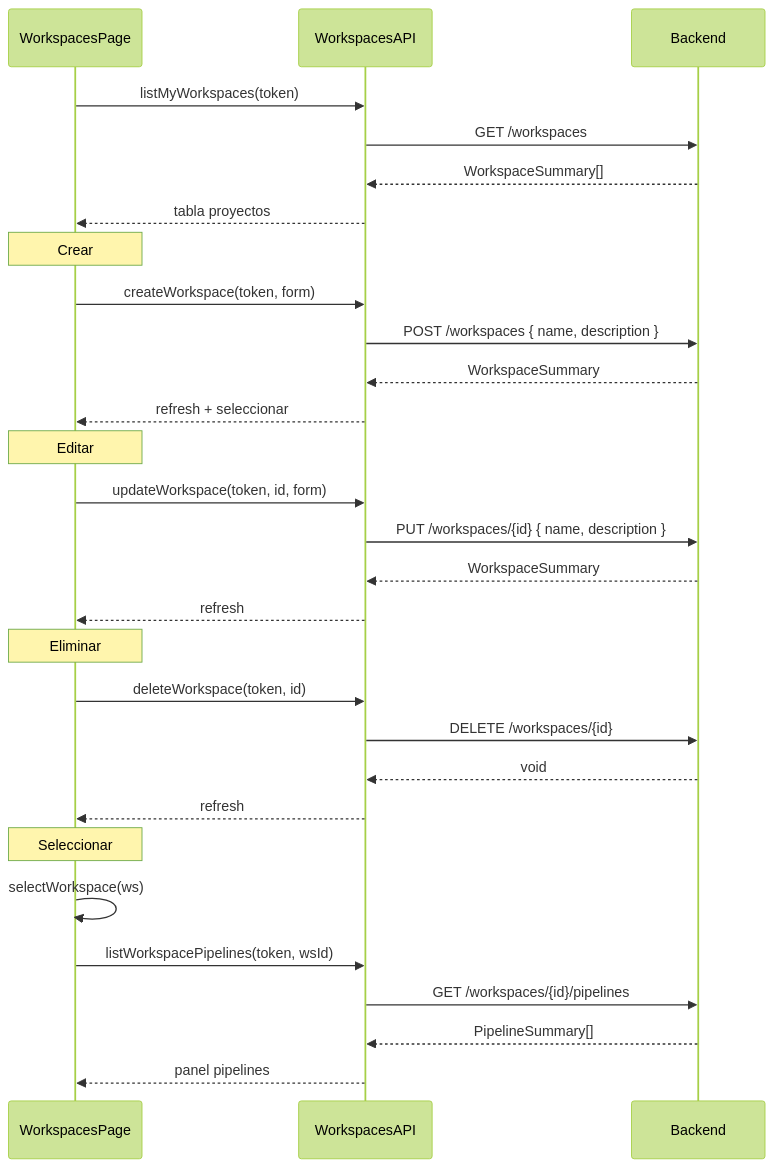
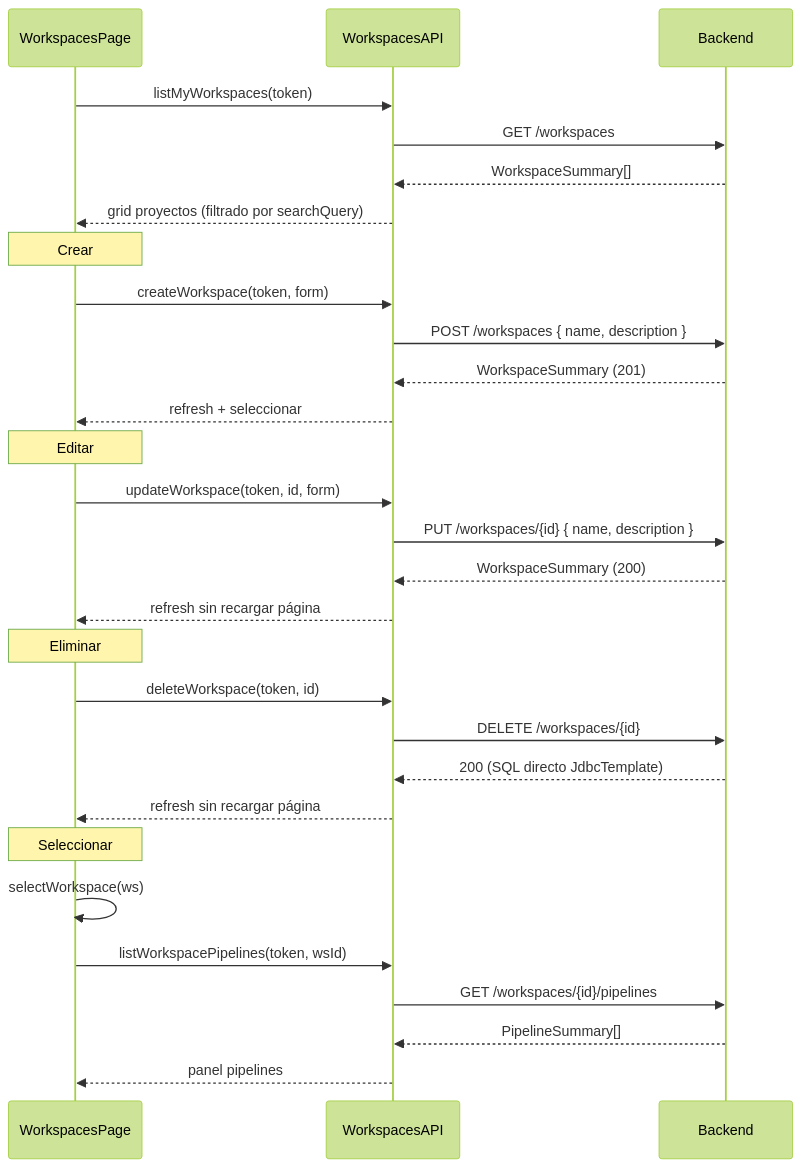
Before and after one commit to Tunkifloo/SynapseOps-platform: the sixth of 12 diagrams in frontend/MOCKUP.md, drawn with Mermaid (forest theme). The commit also changed other lines of this file, not shown here.

Commit message:
docs(MOCKUP): update with Sprint 1 final state — all endpoints, flows, restructured frontend, Docker stack, bug status

````diff
--- a/frontend/MOCKUP.md
+++ b/frontend/MOCKUP.md
@@ -143,36 +258,36 @@
 ```mermaid
 sequenceDiagram
     participant W as WorkspacesPage
     participant A as WorkspacesAPI
     participant B as Backend
 
     W->>A: listMyWorkspaces(token)
     A->>B: GET /workspaces
     B-->>A: WorkspaceSummary[]
-    A-->>W: tabla proyectos
+    A-->>W: grid proyectos (filtrado por searchQuery)
 
     Note over W: Crear
     W->>A: createWorkspace(token, form)
     A->>B: POST /workspaces { name, description }
-    B-->>A: WorkspaceSummary
+    B-->>A: WorkspaceSummary (201)
     A-->>W: refresh + seleccionar
 
     Note over W: Editar
     W->>A: updateWorkspace(token, id, form)
     A->>B: PUT /workspaces/{id} { name, description }
-    B-->>A: WorkspaceSummary
-    A-->>W: refresh
+    B-->>A: WorkspaceSummary (200)
+    A-->>W: refresh sin recargar página
 
     Note over W: Eliminar
     W->>A: deleteWorkspace(token, id)
     A->>B: DELETE /workspaces/{id}
-    B-->>A: void
-    A-->>W: refresh
+    B-->>A: 200 (SQL directo JdbcTemplate)
+    A-->>W: refresh sin recargar página
 
     Note over W: Seleccionar
     W->>W: selectWorkspace(ws)
     W->>A: listWorkspacePipelines(token, wsId)
     A->>B: GET /workspaces/{id}/pipelines
     B-->>A: PipelineSummary[]
     A-->>W: panel pipelines
 ```
````
